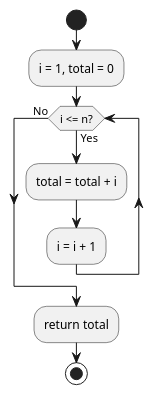
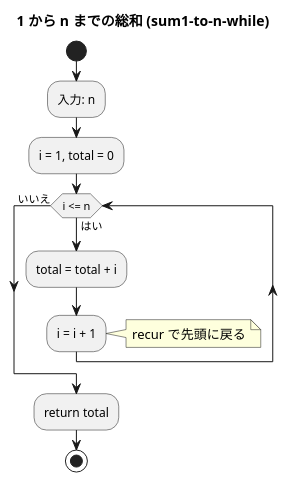
Before and after one commit to k2works/getting-started-algorithm: the diagram in docs/article/clojure/01-basic-algorithms.md, drawn with PlantUML. The commit also changed other lines of this file, not shown here.

````diff
--- a/docs/article/clojure/01-basic-algorithms.md
+++ b/docs/article/clojure/01-basic-algorithms.md
@@ -134,12 +209,20 @@
 ```plantuml
 @startuml
+title 1 から n までの総和 (sum1-to-n-while)
+
 start
+:入力: n;
 :i = 1, total = 0;
-while (i <= n?) is (Yes)
+
+while (i <= n) is (はい)
   :total = total + i;
   :i = i + 1;
-endwhile (No)
+  note right
+    recur で先頭に戻る
+  end note
+endwhile (いいえ)
+
 :return total;
 stop
 @enduml
 ```
````
